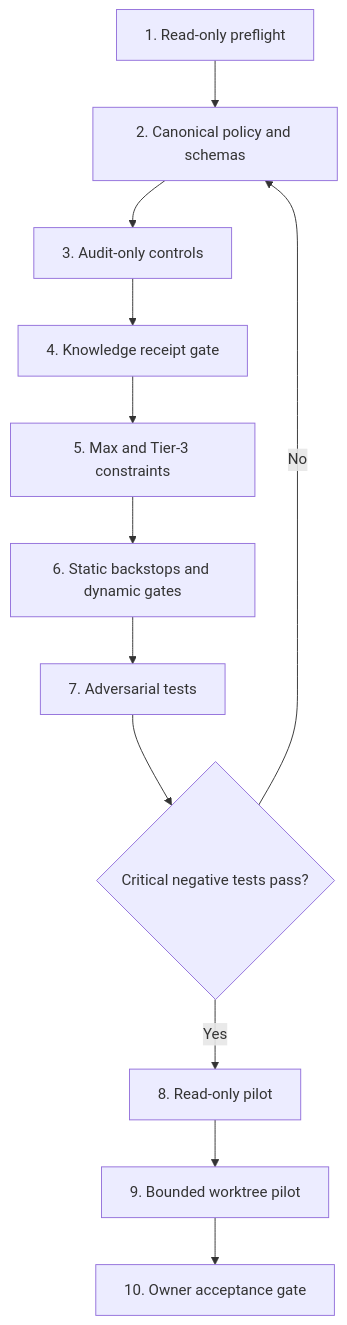
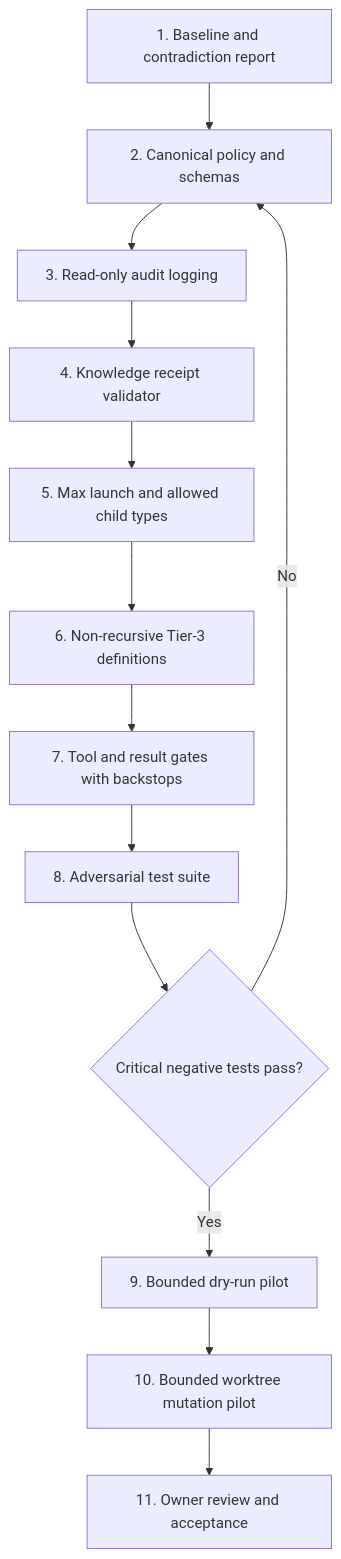
Before and after one commit to Hana-X-AI/HX-Infrastructure: the eighth of 8 diagrams in governance/Phase -3-Regroup/agents/hx-claude-meta-agent-enforcement-diagram-appendix_chatgpt-gpt-5-6_20260815_2243.md, drawn with Mermaid. The commit also changed 7 other files, not shown here.

````diff
--- a/governance/Phase -3-Regroup/agents/hx-claude-meta-agent-enforcement-diagram-appendix_chatgpt-gpt-5-6_20260815_2243.md
+++ b/governance/Phase -3-Regroup/agents/hx-claude-meta-agent-enforcement-diagram-appendix_chatgpt-gpt-5-6_20260815_2243.md
@@ -145,14 +145,15 @@
 ```mermaid
 flowchart TD
-    P0["1. Read-only preflight"] --> P1["2. Canonical policy and schemas"]
-    P1 --> P2["3. Audit-only controls"]
-    P2 --> P3["4. Knowledge receipt gate"]
-    P3 --> P4["5. Max and Tier-3 constraints"]
-    P4 --> P5["6. Static backstops and dynamic gates"]
-    P5 --> P6["7. Adversarial tests"]
-    P6 --> Q{"Critical negative tests pass?"}
+    P0["1. Baseline and contradiction report"] --> P1["2. Canonical policy and schemas"]
+    P1 --> P2["3. Read-only audit logging"]
+    P2 --> P3["4. Knowledge receipt validator"]
+    P3 --> P4["5. Max launch and allowed child types"]
+    P4 --> P5["6. Non-recursive Tier-3 definitions"]
+    P5 --> P6["7. Tool and result gates with backstops"]
+    P6 --> P7["8. Adversarial test suite"]
+    P7 --> Q{"Critical negative tests pass?"}
     Q -->|"No"| P1
-    Q -->|"Yes"| P7["8. Read-only pilot"]
-    P7 --> P8["9. Bounded worktree pilot"]
-    P8 --> P9["10. Owner acceptance gate"]
+    Q -->|"Yes"| P8["9. Bounded dry-run pilot"]
+    P8 --> P9["10. Bounded worktree mutation pilot"]
+    P9 --> P10["11. Owner review and acceptance"]
 ```
````
